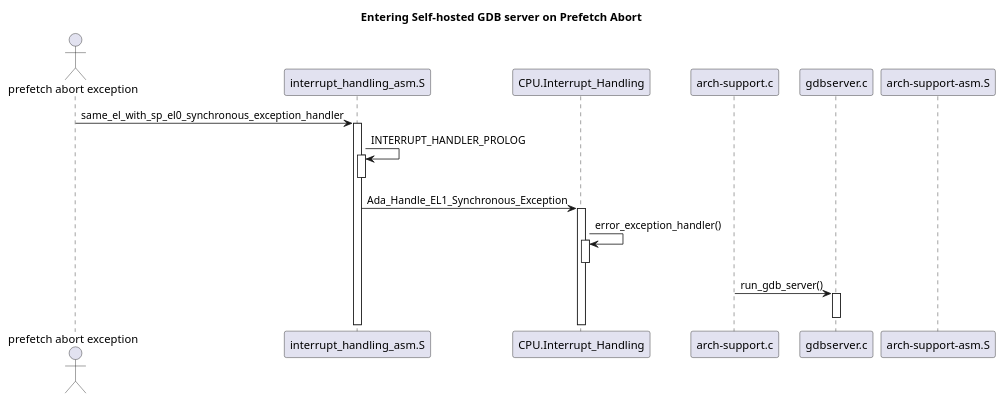
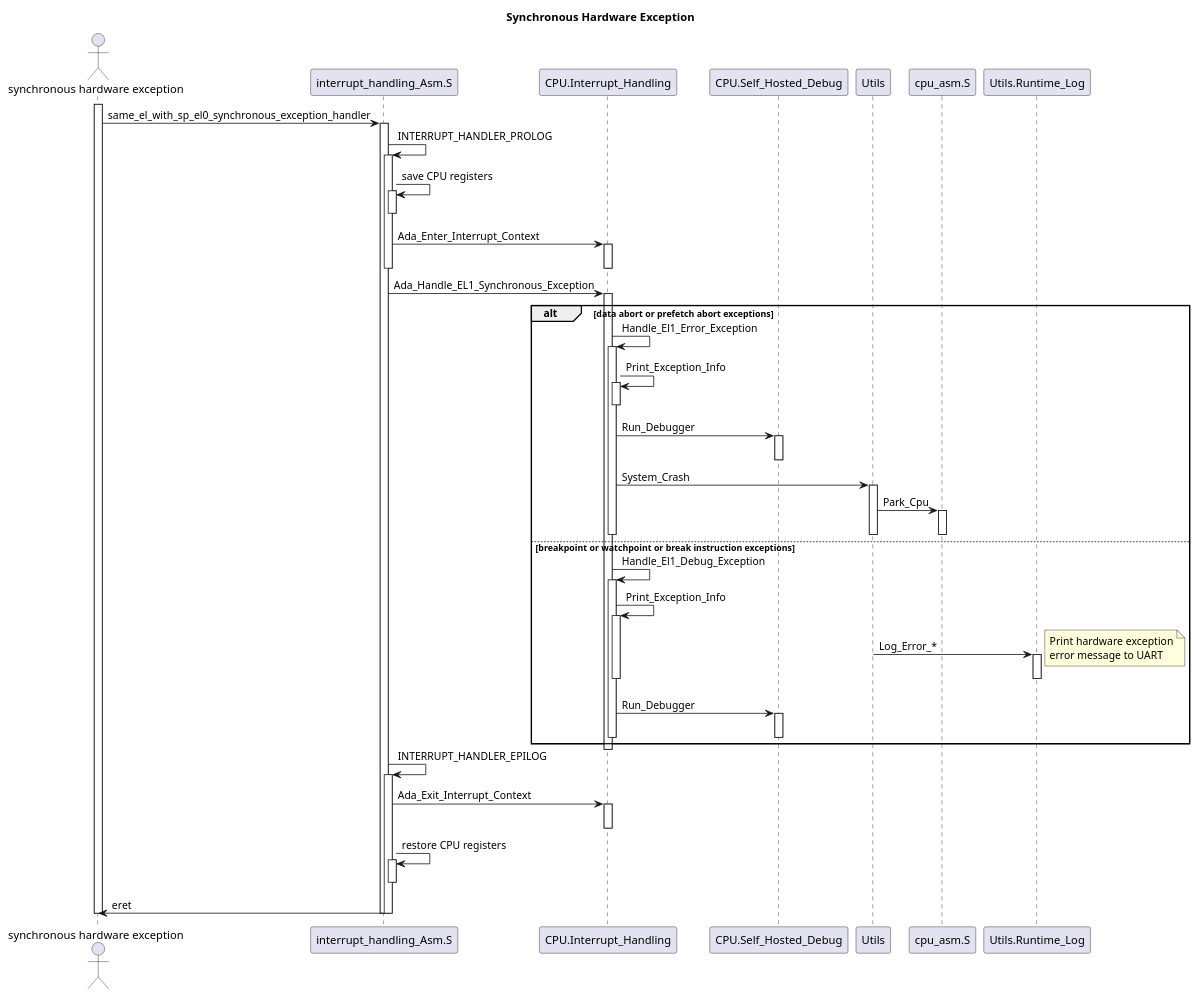
The sixth of 11 diagrams in docs/uml_diagrams.puml (jgrivera67/aarch64_bare_metal_ada), drawn with PlantUML before and after one commit. The commit also changed other lines of this file and 36 other files, not shown here.

```diff
--- a/docs/uml_diagrams.puml
+++ b/docs/uml_diagrams.puml
@@ -288,20 +288,67 @@
-@startuml entering-gdbserver-on-prefetch-abort
-title Entering Self-hosted GDB server on Prefetch Abort
-actor "prefetch abort exception"
-"prefetch abort exception" -> "interrupt_handling_asm.S" : same_el_with_sp_el0_synchronous_exception_handler
-activate "interrupt_handling_asm.S"
-   "interrupt_handling_asm.S" ->  "interrupt_handling_asm.S" : INTERRUPT_HANDLER_PROLOG
-   activate "interrupt_handling_asm.S"
-   deactivate "interrupt_handling_asm.S"
-   "interrupt_handling_asm.S" ->  "CPU.Interrupt_Handling" : Ada_Handle_EL1_Synchronous_Exception
-   activate "CPU.Interrupt_Handling"
-      "CPU.Interrupt_Handling" -> "CPU.Interrupt_Handling" : error_exception_handler()
-      activate "CPU.Interrupt_Handling"
-      deactivate "CPU.Interrupt_Handling"
-      "arch-support.c" ->  "gdbserver.c" : run_gdb_server()
-      activate "gdbserver.c"
-      deactivate "gdbserver.c"
-    deactivate "arch-support.c"
-  deactivate "arch-support.c"
-deactivate "arch-support-asm.S"
+@startuml synchronous-hardware-exception
+title Synchronous Hardware Exception
+actor "synchronous hardware exception"
+activate "synchronous hardware exception"
+   "synchronous hardware exception" -> "interrupt_handling_Asm.S" : same_el_with_sp_el0_synchronous_exception_handler
+   activate "interrupt_handling_Asm.S"
+      "interrupt_handling_Asm.S" -> "interrupt_handling_Asm.S" : INTERRUPT_HANDLER_PROLOG
+      activate "interrupt_handling_Asm.S"
+         "interrupt_handling_Asm.S" -> "interrupt_handling_Asm.S" : save CPU registers
+         activate "interrupt_handling_Asm.S"
+         deactivate "interrupt_handling_Asm.S"
+         "interrupt_handling_Asm.S" -> "CPU.Interrupt_Handling" : Ada_Enter_Interrupt_Context
+         activate  "CPU.Interrupt_Handling"
+         deactivate  "CPU.Interrupt_Handling"
+      deactivate "interrupt_handling_Asm.S"
+
+      "interrupt_handling_Asm.S" -> "CPU.Interrupt_Handling" : Ada_Handle_EL1_Synchronous_Exception
+      activate  "CPU.Interrupt_Handling"
+         alt data abort or prefetch abort exceptions
+            "CPU.Interrupt_Handling" -> "CPU.Interrupt_Handling" : Handle_El1_Error_Exception
+            activate  "CPU.Interrupt_Handling"
+               "CPU.Interrupt_Handling" -> "CPU.Interrupt_Handling" : Print_Exception_Info
+               activate  "CPU.Interrupt_Handling"
+               deactivate  "CPU.Interrupt_Handling"
+               "CPU.Interrupt_Handling" -> "CPU.Self_Hosted_Debug" : Run_Debugger
+               activate  "CPU.Self_Hosted_Debug"
+               deactivate  "CPU.Self_Hosted_Debug"
+               "CPU.Interrupt_Handling" -> "Utils" : System_Crash
+               activate "Utils"
+                  "Utils" -> "cpu_asm.S" : Park_Cpu
+                  activate "cpu_asm.S"
+                  deactivate "cpu_asm.S"
+               deactivate "Utils"
+            deactivate  "CPU.Interrupt_Handling"
+         else breakpoint or watchpoint or break instruction exceptions
+            "CPU.Interrupt_Handling" -> "CPU.Interrupt_Handling" : Handle_El1_Debug_Exception
+            activate  "CPU.Interrupt_Handling"
+               "CPU.Interrupt_Handling" -> "CPU.Interrupt_Handling" : Print_Exception_Info
+               activate  "CPU.Interrupt_Handling"
+                  "Utils" -> "Utils.Runtime_Log" : Log_Error_*
+                  note right
+                     Print hardware exception
+                     error message to UART
+                  end note
+                  activate "Utils.Runtime_Log"
+                  deactivate "Utils.Runtime_Log"
+               deactivate  "CPU.Interrupt_Handling"
+               "CPU.Interrupt_Handling" -> "CPU.Self_Hosted_Debug" : Run_Debugger
+               activate  "CPU.Self_Hosted_Debug"
+               deactivate  "CPU.Self_Hosted_Debug"
+            deactivate  "CPU.Interrupt_Handling"
+         end alt
+      deactivate  "CPU.Interrupt_Handling"
+
+      "interrupt_handling_Asm.S" -> "interrupt_handling_Asm.S" : INTERRUPT_HANDLER_EPILOG
+      activate "interrupt_handling_Asm.S"
+         "interrupt_handling_Asm.S" -> "CPU.Interrupt_Handling" : Ada_Exit_Interrupt_Context
+         activate  "CPU.Interrupt_Handling"
+         deactivate  "CPU.Interrupt_Handling"
+         "interrupt_handling_Asm.S" -> "interrupt_handling_Asm.S" : restore CPU registers
+         activate "interrupt_handling_Asm.S"
+         deactivate "interrupt_handling_Asm.S"
+         "interrupt_handling_Asm.S" -> "synchronous hardware exception" : eret
+      deactivate "interrupt_handling_Asm.S"
+   deactivate "interrupt_handling_Asm.S"
+deactivate "synchronous hardware exception"
 @enduml
```
